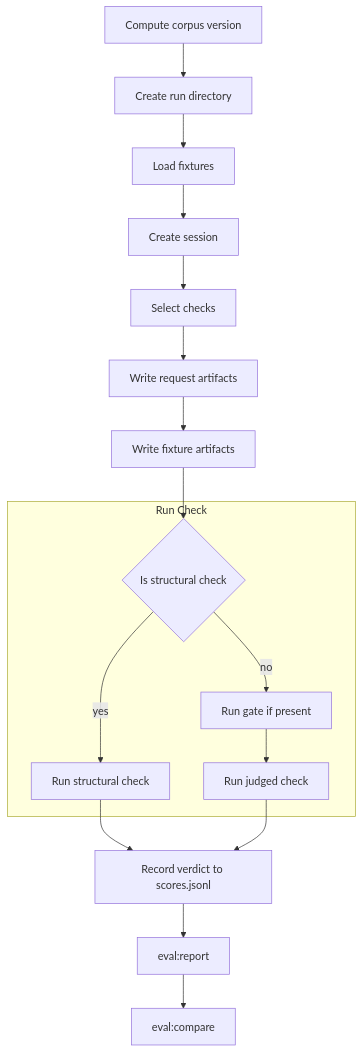
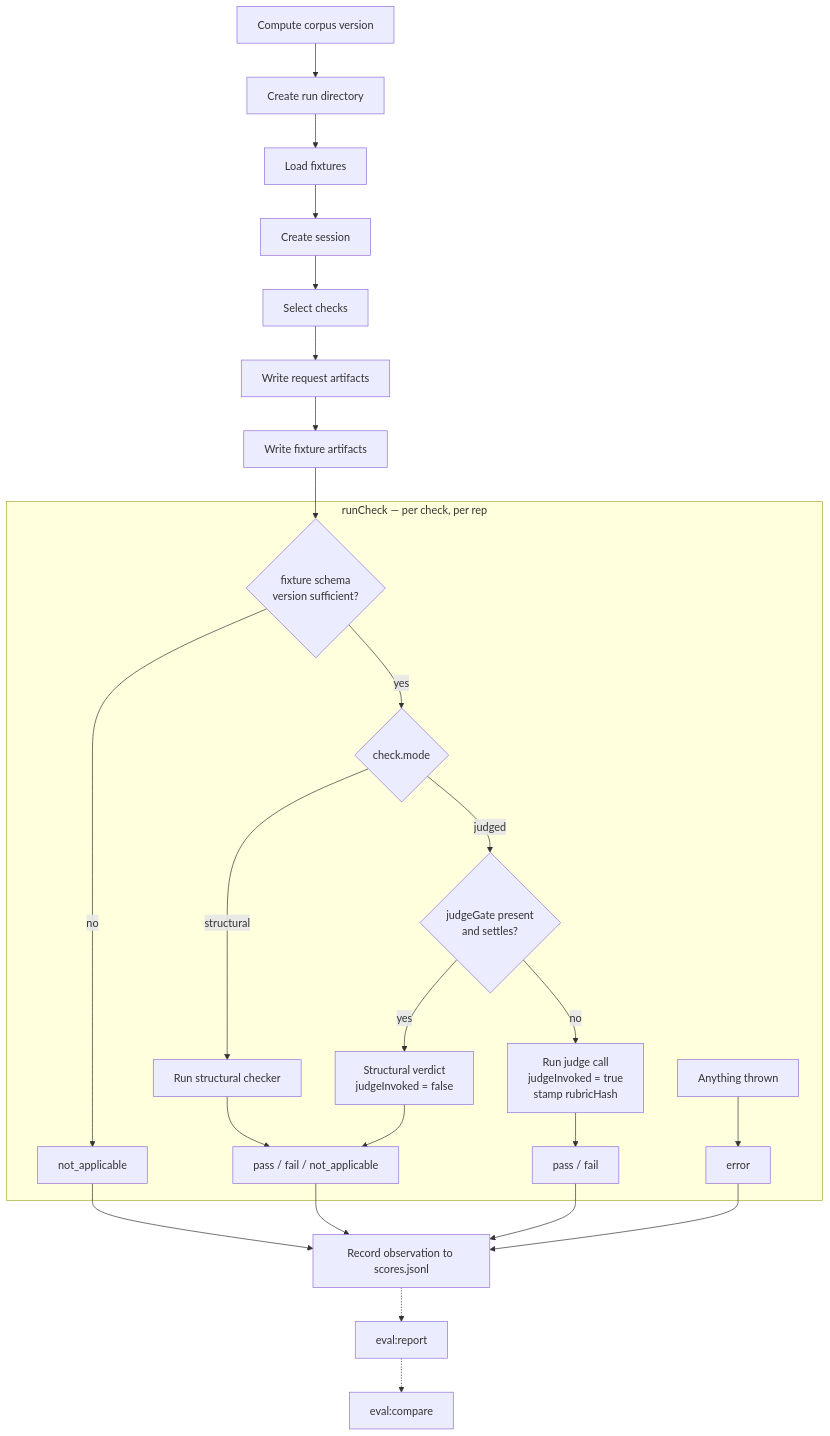
One commit to automata-codex/unicorn changed the diagram in docs/eval-flowchart.mermaid. Above: the diagram before and after it, drawn with Mermaid.

Commit message:
Update eval flowchart

```diff
--- a/docs/eval-flowchart.mermaid
+++ b/docs/eval-flowchart.mermaid
@@ -1,20 +1,34 @@
 flowchart TD
-    comp_corp[Compute corpus version] -->create_run[Create run directory]
-    create_run -->load_fix[Load fixtures]
-    load_fix -->create_sesh[Create session]
-    create_sesh -->select_checks
-    select_checks[Select checks] -->req_art
-    req_art[Write request artifacts] -->fix_art
-    fix_art[Write fixture artifacts] -->check_mode
+    comp_corp[Compute corpus version] --> create_run[Create run directory]
+    create_run --> load_fix[Load fixtures]
+    load_fix --> create_sesh[Create session]
+    create_sesh --> select_checks[Select checks]
+    select_checks --> req_art[Write request artifacts]
+    req_art --> fix_art[Write fixture artifacts]
+    fix_art --> schema_gate
 
-    subgraph run_check[Run Check]
-        check_mode{Is structural check}
-        check_mode -->|yes| struct[Run structural check]
-        check_mode -->|no| gated[Run gate if present]
-        gated -->judge[Run judged check]
+    subgraph run_check["runCheck — per check, per rep"]
+        schema_gate{fixture schema<br/>version sufficient?}
+        schema_gate -->|no| na_schema[not_applicable]
+        schema_gate -->|yes| mode{check.mode}
+
+        mode -->|structural| struct[Run structural checker]
+        mode -->|judged| has_gate{judgeGate present<br/>and settles?}
+
+        has_gate -->|yes| gate_verdict[Structural verdict<br/>judgeInvoked = false]
+        has_gate -->|no| judge[Run judge call<br/>judgeInvoked = true<br/>stamp rubricHash]
+
+        struct --> outcome[pass / fail / not_applicable]
+        gate_verdict --> outcome
+        judge --> pf[pass / fail]
+
+        thrown[Anything thrown] --> err[error]
     end
 
-    struct -->Verdict[Record verdict to scores.jsonl]
-    judge -->Verdict
-    Verdict -->report[eval:report]
-    report -->compare[eval:compare]
+    na_schema --> record[Record observation to scores.jsonl]
+    outcome --> record
+    pf --> record
+    err --> record
+
+    record -.-> report[eval:report]
+    report -.-> compare[eval:compare]
```
